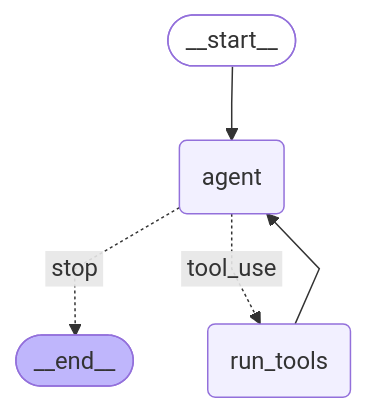
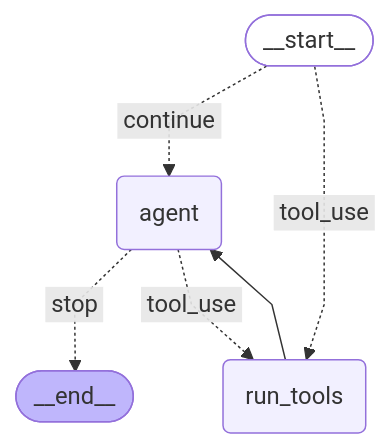
Before and after one commit to movax01h/ai-gateway: the third of 46 diagrams in docs/duo_workflow_service_graphs.md, drawn with Mermaid. The commit also changed 4 other files, not shown here.

Commit message:
feat(chat): run a flow from a slash command as a real tool call

````diff
--- a/docs/duo_workflow_service_graphs.md
+++ b/docs/duo_workflow_service_graphs.md
@@ -110,19 +110,20 @@
 ```mermaid
 ---
 config:
   flowchart:
     curve: linear
 ---
 graph TD;
     __start__([<p>__start__</p>]):::first
     agent(agent)
     run_tools(run_tools)
     __end__([<p>__end__</p>]):::last
-    __start__ --> agent;
+    __start__ -. &nbsp;continue&nbsp; .-> agent;
+    __start__ -. &nbsp;tool_use&nbsp; .-> run_tools;
     agent -. &nbsp;stop&nbsp; .-> __end__;
     agent -. &nbsp;tool_use&nbsp; .-> run_tools;
     run_tools --> agent;
     classDef default fill:#f2f0ff,line-height:1.2
     classDef first fill-opacity:0
     classDef last fill:#bfb6fc
 ```
````
